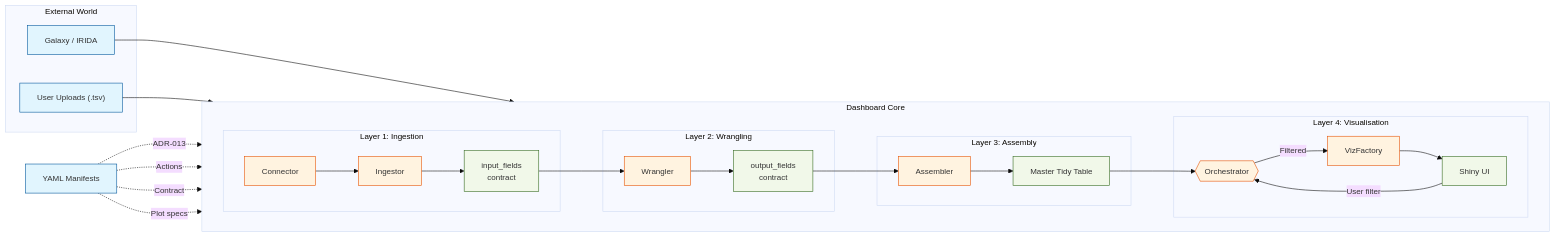
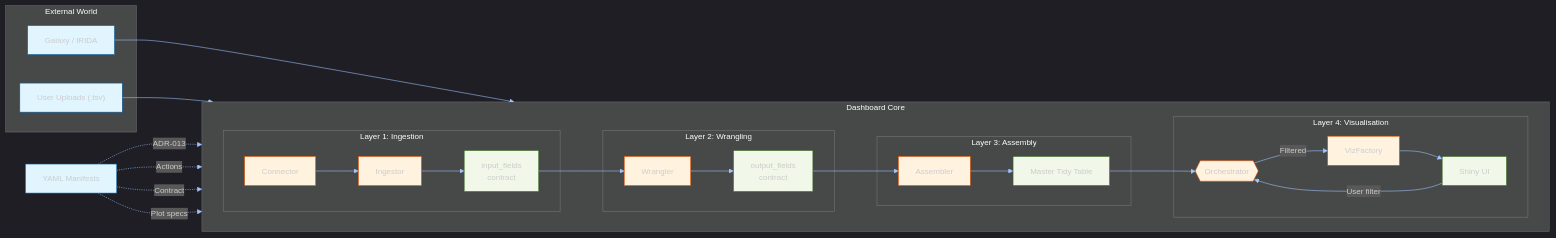
Before and after one commit to NorwegianVeterinaryInstitute/SPARMVET_VIZ: the second of 3 diagrams in presentation/sparmvet_viz_demo_2026-05-04.qmd, drawn with Mermaid. The commit also changed other lines of this file and 1 other file, not shown here.

````diff
--- a/presentation/sparmvet_viz_demo_2026-05-04.qmd
+++ b/presentation/sparmvet_viz_demo_2026-05-04.qmd
@@ -370,45 +357,45 @@
 ```{mermaid}
-%%{init: {'theme': 'base', 'themeVariables': {'fontSize': '14px'}}}%%
+%%{init: {'theme': 'dark', 'themeVariables': {'fontSize': '14px', 'lineColor': '#a0c4ff'}}}%%
 graph LR
     classDef input fill:#e1f5fe,stroke:#01579b;
     classDef logic fill:#fff3e0,stroke:#e65100;
     classDef output fill:#f1f8e9,stroke:#33691e;
 
     subgraph Ext["External World"]
         Galaxy["Galaxy / IRIDA"]:::input
         Upload["User Uploads (.tsv)"]:::input
     end
 
     subgraph Dash["Dashboard Core"]
         direction LR
         subgraph Ingress["Layer 1: Ingestion"]
             Connector["Connector"]:::logic
             Ingest["Ingestor"]:::logic
             IC["input_fields\ncontract"]:::output
             Galaxy --> Connector --> Ingest --> IC
             Upload --> Ingest
         end
         subgraph Transform["Layer 2: Wrangling"]
             Wrangler["Wrangler"]:::logic
             OC["output_fields\ncontract"]:::output
             IC --> Wrangler --> OC
         end
         subgraph Assembly["Layer 3: Assembly"]
             Assembler["Assembler"]:::logic
             MT["Master Tidy Table"]:::output
             OC --> Assembler --> MT
         end
         subgraph Viz["Layer 4: Visualisation"]
             Ctrl{{"Orchestrator"}}:::logic
             Factory["VizFactory"]:::logic
             UI["Shiny UI"]:::output
             MT --> Ctrl -->|"Filtered"| Factory --> UI
             UI -->|"User filter"| Ctrl
         end
     end
     Config["YAML Manifests"]:::input
     Config -.->|"ADR-013"| IC
     Config -.->|"Actions"| Wrangler
     Config -.->|"Contract"| OC
     Config -.->|"Plot specs"| Factory
 ```
````
